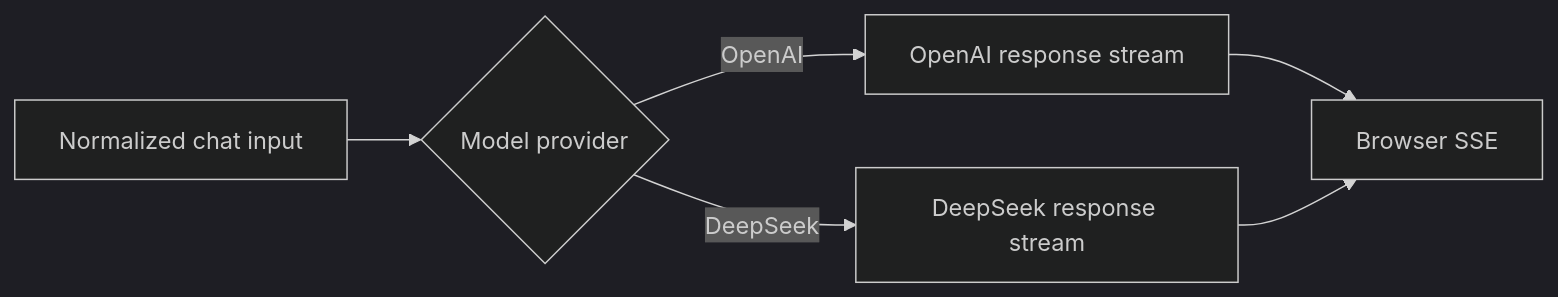
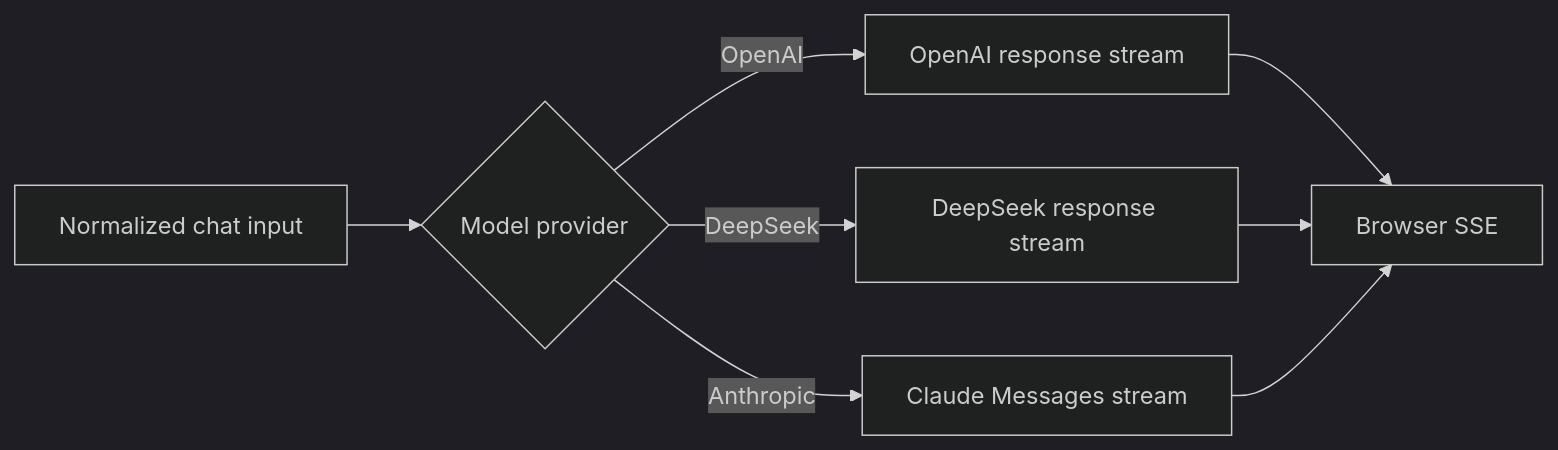
One commit to kakumine2001/NoteFable changed the second of 3 diagrams in docs/architecture/chat-flow.md. Above: the diagram before and after it, drawn with Mermaid (dark theme). The commit also changed other lines of this file and 21 other files, not shown here.

````diff
--- a/docs/architecture/chat-flow.md
+++ b/docs/architecture/chat-flow.md
@@ -139,8 +144,10 @@
 ```mermaid
 flowchart LR
     Input["Normalized chat input"] --> Provider{"Model provider"}
     Provider -->|OpenAI| OpenAI["OpenAI response stream"]
     Provider -->|DeepSeek| DeepSeek["DeepSeek response stream"]
+    Provider -->|Anthropic| Claude["Claude Messages stream"]
     OpenAI --> Client["Browser SSE"]
     DeepSeek --> Client
+    Claude --> Client
 ```
````
